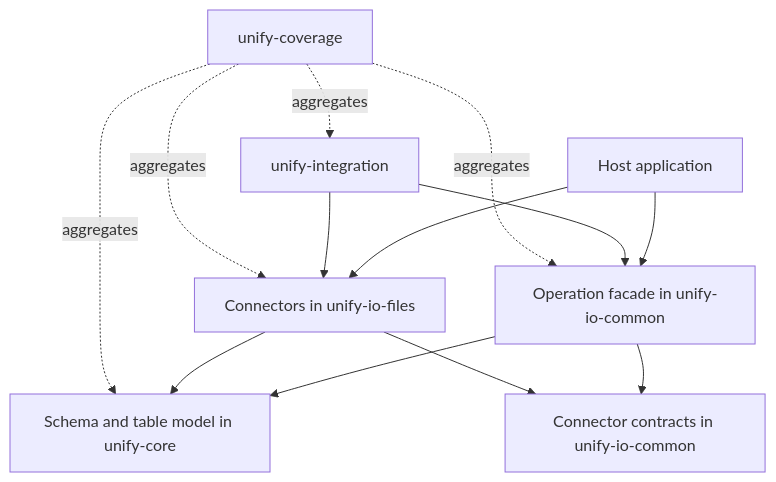
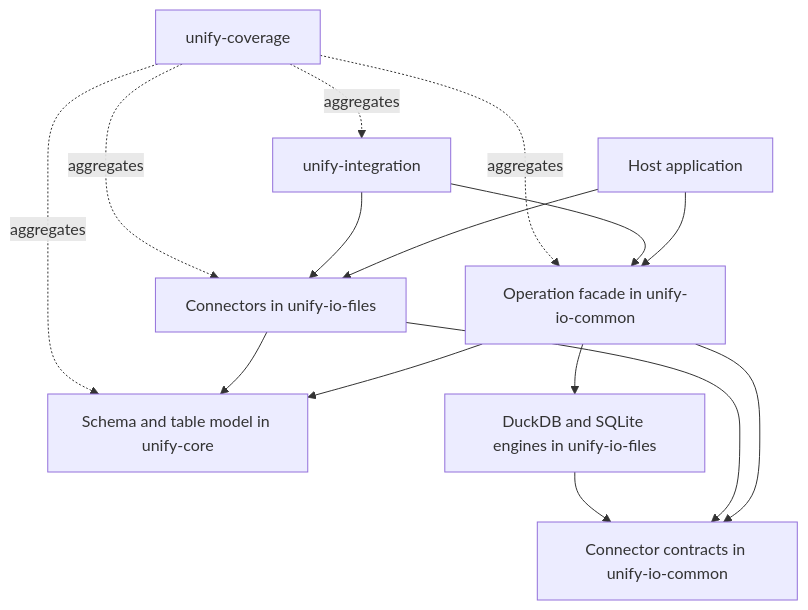
One commit to mraysmit/unify changed the first of 2 diagrams in docs/TECHNICAL_DESIGN.md. Above: the diagram before and after it, drawn with Mermaid. The commit also changed other lines of this file and 38 other files, not shown here.

````diff
--- a/docs/TECHNICAL_DESIGN.md
+++ b/docs/TECHNICAL_DESIGN.md
@@ -38,15 +113,17 @@
 ```mermaid
 flowchart TD
     Host[Host application] --> Facade[Operation facade in unify-io-common]
     Facade --> Core[Schema and table model in unify-core]
     Facade --> SPI[Connector contracts in unify-io-common]
     Implementations[Connectors in unify-io-files] --> SPI
     Implementations --> Core
+    Engines[DuckDB and SQLite engines in unify-io-files] --> SPI
+    Facade --> Engines
     Host --> Implementations
     Integration[unify-integration] --> Facade
     Integration --> Implementations
     Coverage[unify-coverage] -. aggregates .-> Core
     Coverage -. aggregates .-> Facade
     Coverage -. aggregates .-> Implementations
     Coverage -. aggregates .-> Integration
 ```
````
